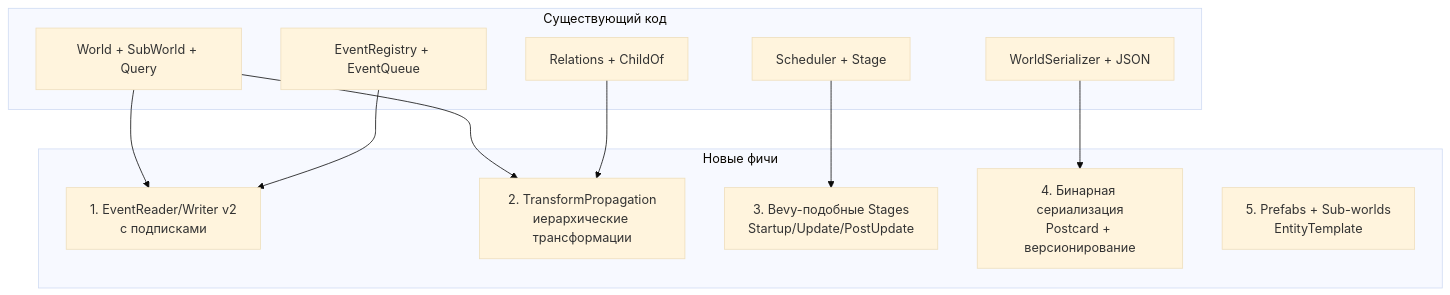
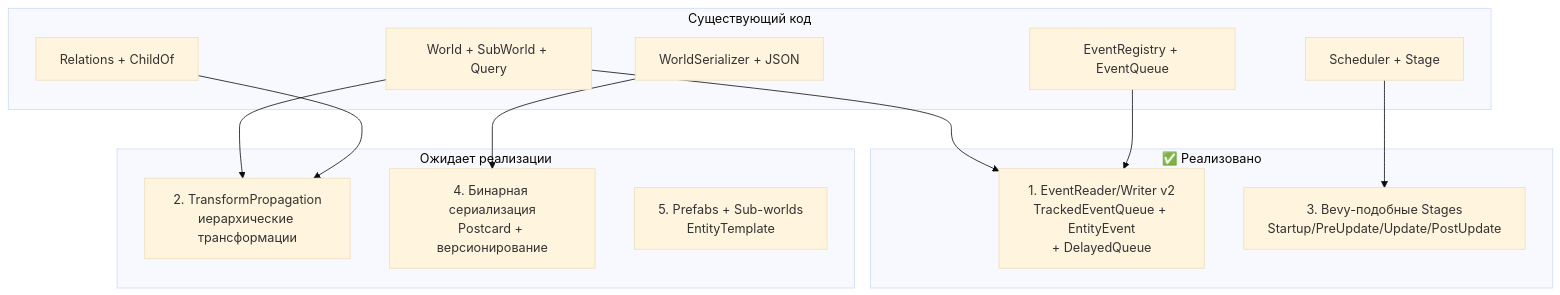
The first of 2 diagrams in plans/feature_plan.md (StanislavMal/apex-ecs), drawn with Mermaid (base theme) before and after one commit. The commit also changed other lines of this file and 7 other files, not shown here.

````diff
--- a/plans/feature_plan.md
+++ b/plans/feature_plan.md
@@ -10,25 +11,28 @@
 ```mermaid
 graph TB
     subgraph "Существующий код"
         WC[World + SubWorld + Query]
         EV[EventRegistry + EventQueue]
         SCH[Scheduler + Stage]
         REL[Relations + ChildOf]
         SER[WorldSerializer + JSON]
     end
 
-    subgraph "Новые фичи"
-        F1["1. EventReader/Writer v2<br/>с подписками"]
+    subgraph "✅ Реализовано"
+        F1["1. EventReader/Writer v2<br/>TrackedEventQueue + EntityEvent<br/>+ DelayedQueue"]
+        F3["3. Bevy-подобные Stages<br/>Startup/PreUpdate/Update/PostUpdate"]
+    end
+
+    subgraph "Ожидает реализации"
         F2["2. TransformPropagation<br/>иерархические трансформации"]
-        F3["3. Bevy-подобные Stages<br/>Startup/Update/PostUpdate"]
         F4["4. Бинарная сериализация<br/>Postcard + версионирование"]
         F5["5. Prefabs + Sub-worlds<br/>EntityTemplate"]
     end
 
     WC --> F1
     WC --> F2
     EV --> F1
     SCH --> F3
     REL --> F2
     SER --> F4
 ```
````
